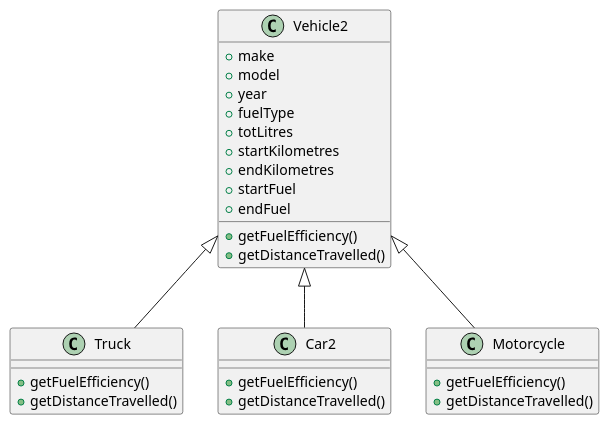
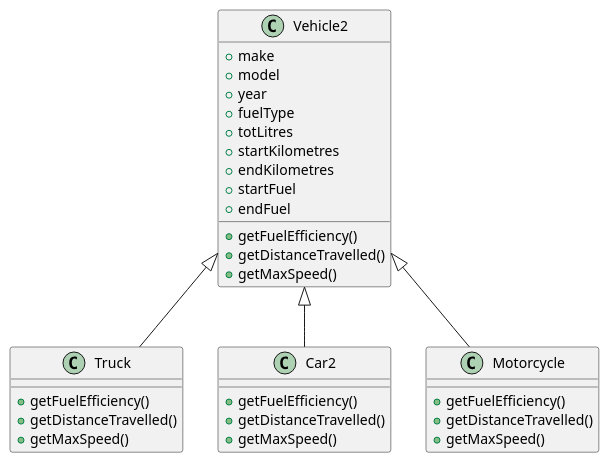
Before and after one commit to sara-cameron-richard/block3-adv-web: the ninth of 10 diagrams in exercises/inheritance.puml, drawn with PlantUML. The commit also changed other lines of this file, not shown here.

```diff
--- a/exercises/inheritance.puml
+++ b/exercises/inheritance.puml
@@ -119,32 +134,38 @@
 @startuml
 
 class Vehicle2{
     +make 
     +model 
     +year 
     +fuelType 
     +totLitres 
     +startKilometres 
     +endKilometres 
     +startFuel
     +endFuel 
     +getFuelEfficiency()
     +getDistanceTravelled()
+    +getMaxSpeed()
 }
 
 class Truck extends Vehicle2{
     +getFuelEfficiency()
     +getDistanceTravelled()
+    +getMaxSpeed()
 }
 
 class Car2 extends Vehicle2{
     +getFuelEfficiency()
     +getDistanceTravelled()
+    +getMaxSpeed()
 }
 
 class Motorcycle extends Vehicle2{
     +getFuelEfficiency()
     +getDistanceTravelled()
+    +getMaxSpeed()
 }
 
+
+
 @enduml
```
